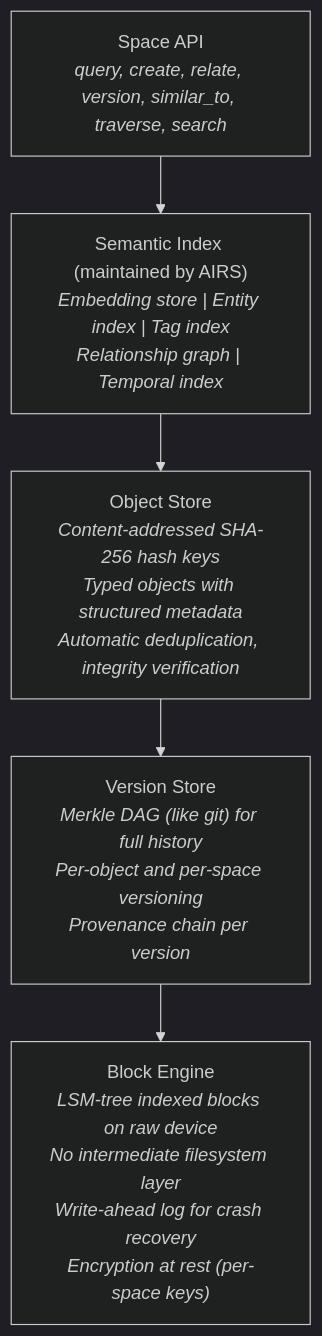
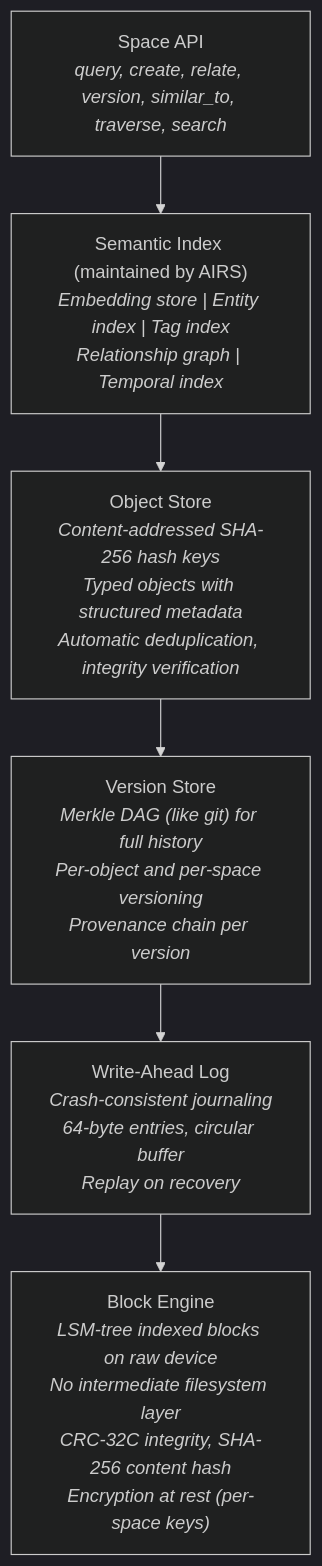
One commit to juslee/aios changed the second of 7 diagrams in docs/project/architecture.md. Above: the diagram before and after it, drawn with Mermaid (dark theme). The commit also changed other lines of this file, not shown here.

First line of the commit message:
Docs: Add missing links, refresh diagrams, add cross-references in architecture.md

````diff
--- a/docs/project/architecture.md
+++ b/docs/project/architecture.md
@@ -263,23 +269,27 @@
 ```mermaid
 flowchart TD
     API["`Space API
 *query, create, relate, version, similar_to, traverse, search*`"]
     SemIdx["`Semantic Index (maintained by AIRS)
 *Embedding store | Entity index | Tag index
 Relationship graph | Temporal index*`"]
     ObjStore["`Object Store
 *Content-addressed SHA-256 hash keys
 Typed objects with structured metadata
 Automatic deduplication, integrity verification*`"]
     VerStore["`Version Store
 *Merkle DAG (like git) for full history
 Per-object and per-space versioning
 Provenance chain per version*`"]
+    WAL["`Write-Ahead Log
+*Crash-consistent journaling
+64-byte entries, circular buffer
+Replay on recovery*`"]
     BlockEng["`Block Engine
 *LSM-tree indexed blocks on raw device
 No intermediate filesystem layer
-Write-ahead log for crash recovery
+CRC-32C integrity, SHA-256 content hash
 Encryption at rest (per-space keys)*`"]
 
-    API --> SemIdx --> ObjStore --> VerStore --> BlockEng
+    API --> SemIdx --> ObjStore --> VerStore --> WAL --> BlockEng
 ```
````
